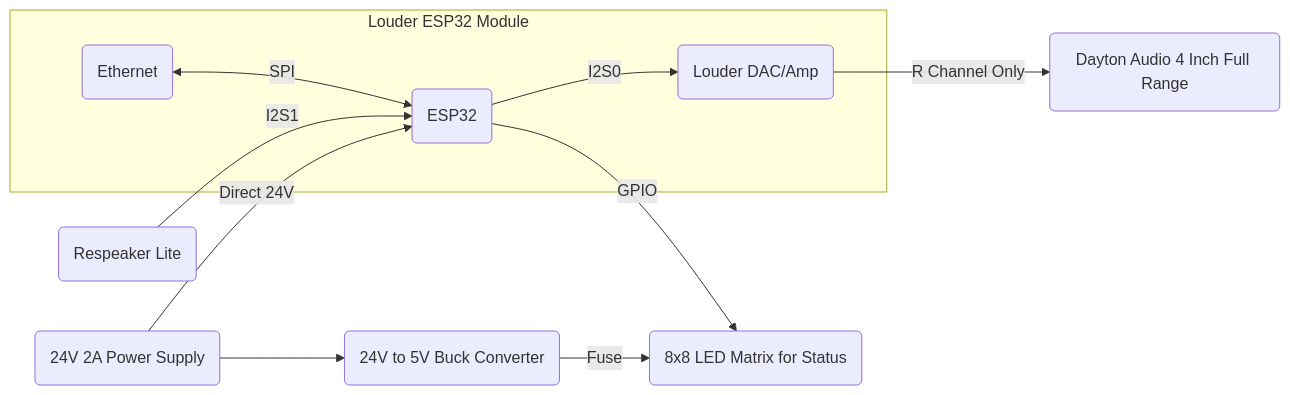
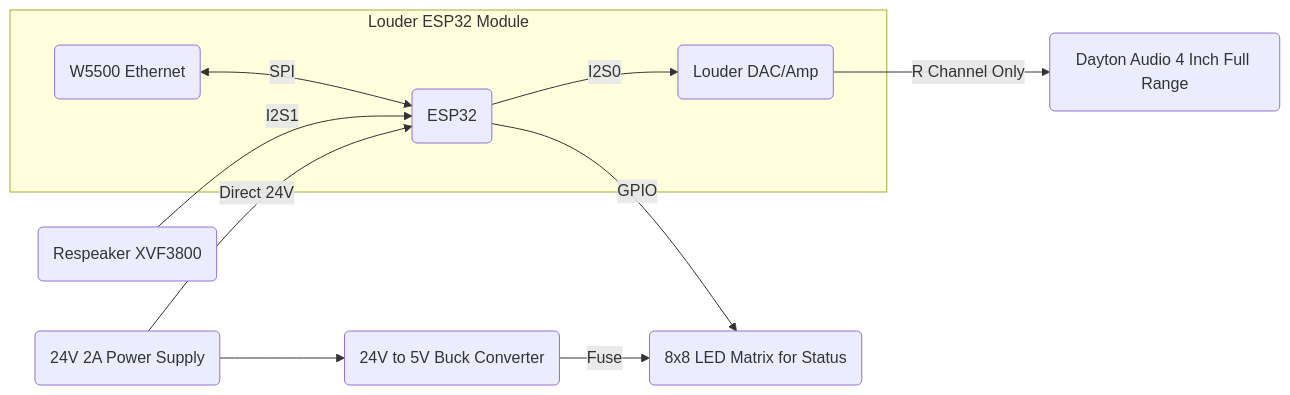
The diagram in brain_dump.md (danni-storm/lamePod), drawn with Mermaid before and after one commit. The commit also changed 1 other file, not shown here.

Commit message:
small error fixes, add hardware selections

````diff
--- a/brain_dump.md
+++ b/brain_dump.md
@@ -7,21 +7,21 @@
 ```mermaid
 flowchart LR
     subgraph Louder ESP32 Module
         A -- I2S0 --> D
         F <-- SPI --> A
     end
     D -- R Channel Only --> C
     A("ESP32")
-    B("Respeaker Lite")
+    B("Respeaker XVF3800")
     C("Dayton Audio 4 Inch Full Range")
     D("Louder DAC/Amp")
     E("8x8 LED Matrix for Status")
-    F("Ethernet")
+    F("W5500 Ethernet")
     G("24V 2A Power Supply")
     I("24V to 5V Buck Converter")
     G --> I
     I -- Fuse --> E
     G -- Direct 24V --> A
     B -- I2S1 --> A
     A -- GPIO --> E
 ```
````
